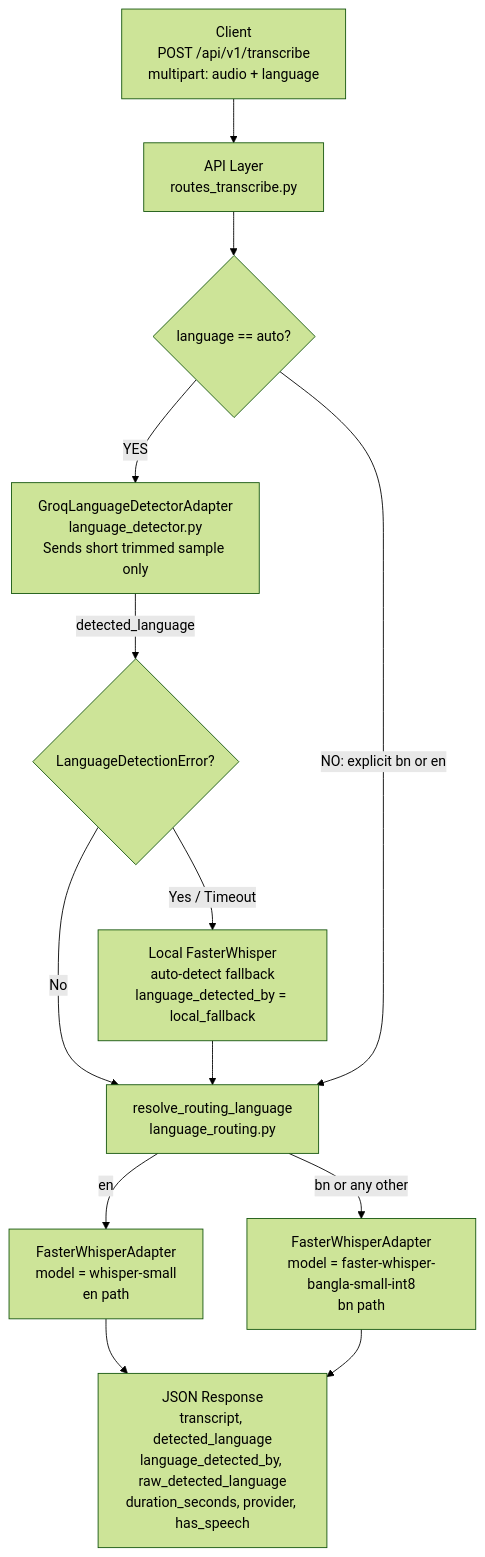
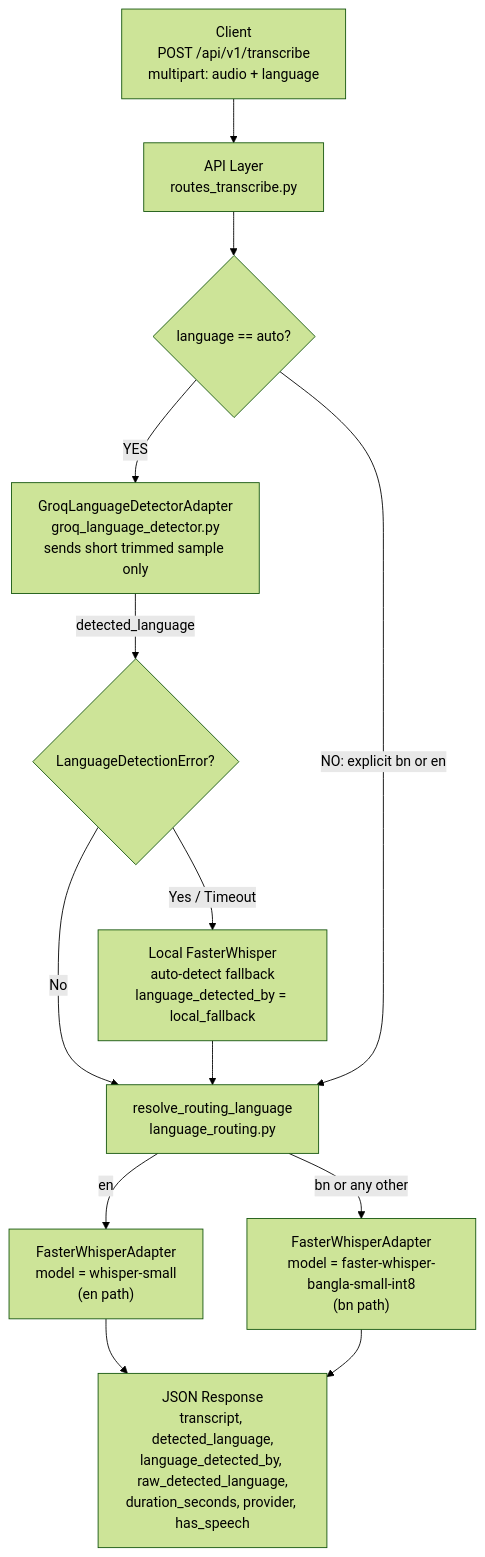
Before and after one commit to Ranger-DRAX/celloscope-asr-ocr-pipeline: the diagram in README.md, drawn with Mermaid (forest theme). The commit also changed other lines of this file, not shown here.

````diff
--- a/README.md
+++ b/README.md
@@ -9,19 +9,19 @@
 ```mermaid
 graph TD
-    A[Client\nPOST /api/v1/transcribe\nmultipart: audio + language] --> B[API Layer\nroutes_transcribe.py]
-    B --> C{language == auto?}
+    A["Client<br/>POST /api/v1/transcribe<br/>multipart: audio + language"] --> B["API Layer<br/>routes_transcribe.py"]
+    B --> C{"language == auto?"}
 
-    C -- YES --> D[GroqLanguageDetectorAdapter\nlanguage_detector.py\nSends short trimmed sample only]
-    D -- detected_language --> E{LanguageDetectionError?}
-    E -- No --> F[resolve_routing_language\nlanguage_routing.py]
-    E -- Yes / Timeout --> G[Local FasterWhisper\nauto-detect fallback\nlanguage_detected_by = local_fallback]
+    C -- YES --> D["GroqLanguageDetectorAdapter<br/>groq_language_detector.py<br/>sends short trimmed sample only"]
+    D -- detected_language --> E{"LanguageDetectionError?"}
+    E -- No --> F["resolve_routing_language<br/>language_routing.py"]
+    E -- "Yes / Timeout" --> G["Local FasterWhisper<br/>auto-detect fallback<br/>language_detected_by = local_fallback"]
     G --> F
 
-    C -- NO: explicit bn or en --> F
+    C -- "NO: explicit bn or en" --> F
 
-    F -- en --> H[FasterWhisperAdapter\nmodel = whisper-small\nen path]
-    F -- bn or any other --> I[FasterWhisperAdapter\nmodel = faster-whisper-bangla-small-int8\nbn path]
+    F -- en --> H["FasterWhisperAdapter<br/>model = whisper-small<br/>(en path)"]
+    F -- "bn or any other" --> I["FasterWhisperAdapter<br/>model = faster-whisper-bangla-small-int8<br/>(bn path)"]
 
-    H --> J[JSON Response\ntranscript, detected_language\nlanguage_detected_by, raw_detected_language\nduration_seconds, provider, has_speech]
+    H --> J["JSON Response<br/>transcript, detected_language,<br/>language_detected_by, raw_detected_language,<br/>duration_seconds, provider, has_speech"]
     I --> J
 ```
````
